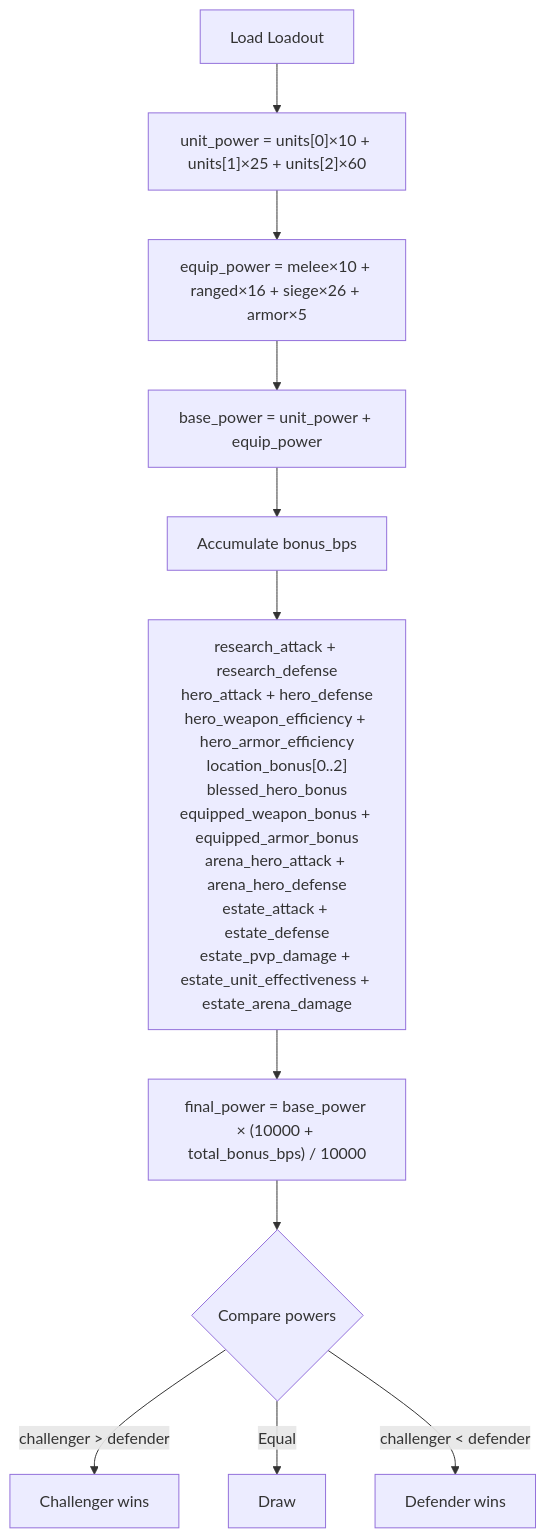
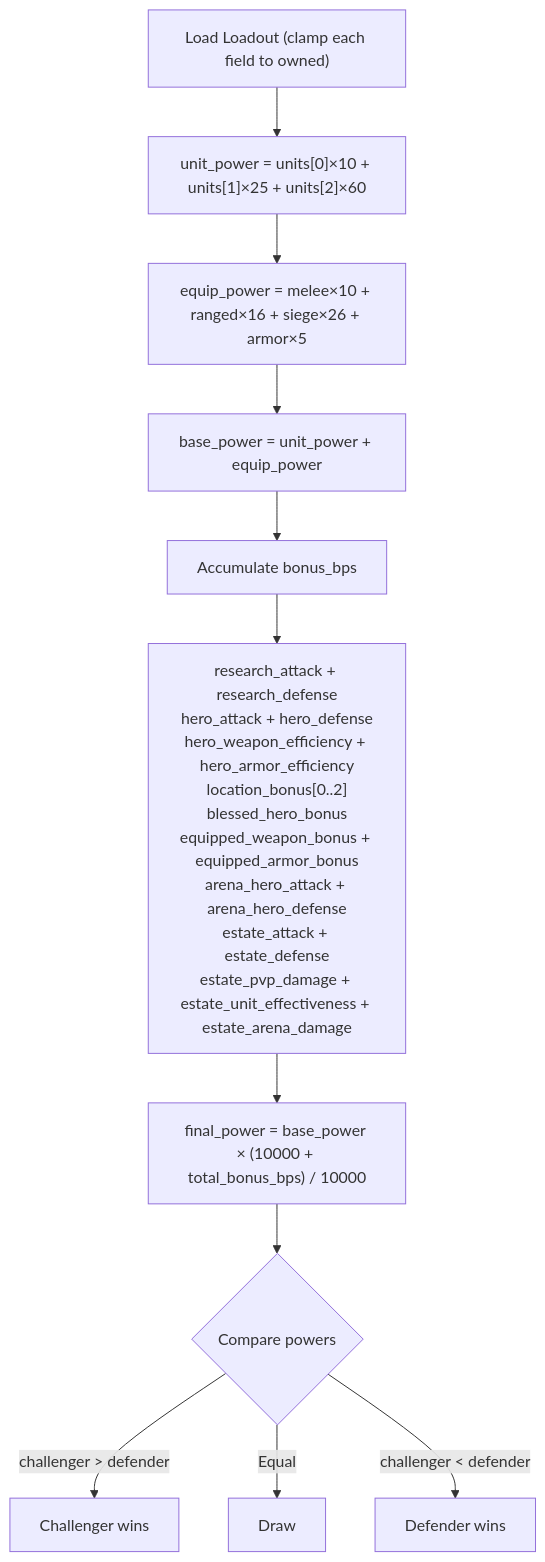
Before and after one commit to crypt0miester/novus-mundus: the second of 5 diagrams in docs/onchain/04-systems/arena.md, drawn with Mermaid. The commit also changed other lines of this file and 9 other files, not shown here.

Commit message:
Finalize arena: emit events, clamp loadouts to owned, rollover crank, web loadout/leaderboard UI, reconcile docs

````diff
--- a/docs/onchain/04-systems/arena.md
+++ b/docs/onchain/04-systems/arena.md
@@ -145,13 +145,13 @@
 ```mermaid
 flowchart TD
-    A[Load Loadout] --> B["unit_power = units[0]×10 + units[1]×25 + units[2]×60"]
+    A["Load Loadout (clamp each field to owned)"] --> B["unit_power = units[0]×10 + units[1]×25 + units[2]×60"]
     B --> C["equip_power = melee×10 + ranged×16 + siege×26 + armor×5"]
     C --> D["base_power = unit_power + equip_power"]
     D --> E[Accumulate bonus_bps]
     E --> F["research_attack + research_defense<br/>hero_attack + hero_defense<br/>hero_weapon_efficiency + hero_armor_efficiency<br/>location_bonus[0..2]<br/>blessed_hero_bonus<br/>equipped_weapon_bonus + equipped_armor_bonus<br/>arena_hero_attack + arena_hero_defense<br/>estate_attack + estate_defense<br/>estate_pvp_damage + estate_unit_effectiveness + estate_arena_damage"]
     F --> G["final_power = base_power × (10000 + total_bonus_bps) / 10000"]
     G --> H{Compare powers}
     H -->|"challenger > defender"| I[Challenger wins]
     H -->|Equal| J[Draw]
     H -->|"challenger < defender"| K[Defender wins]
 ```
````
